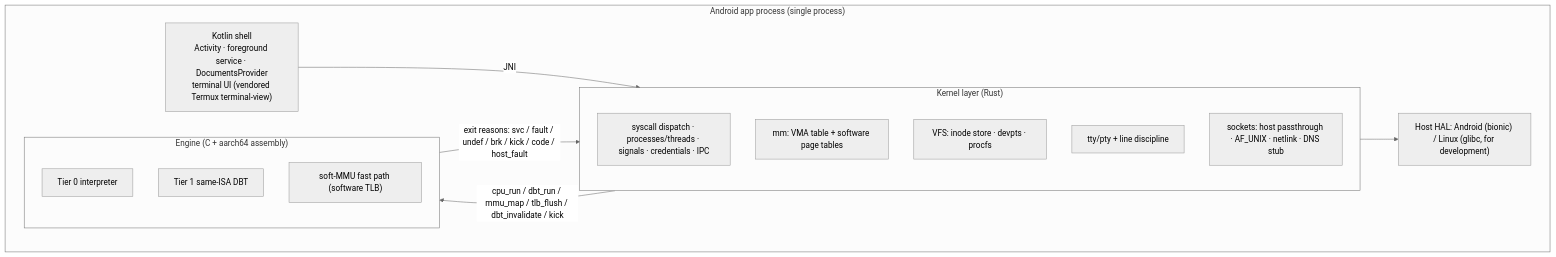
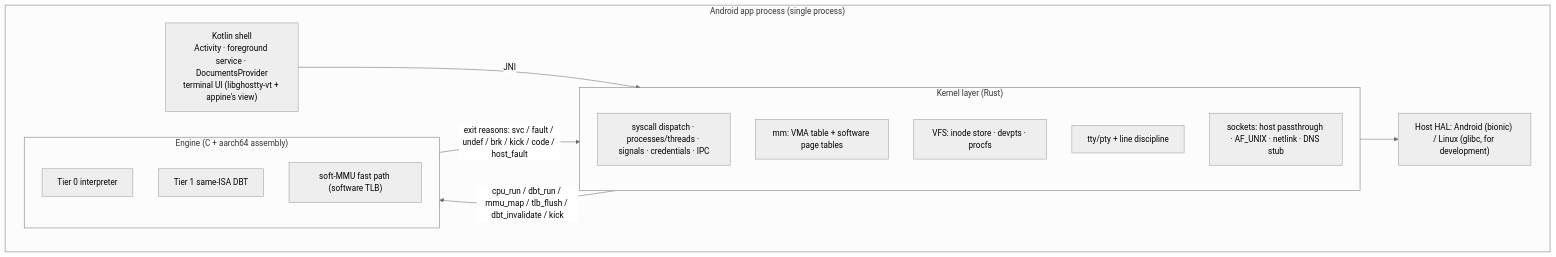
Before and after one commit to ferstar/appine: the diagram in docs/design/README.md, drawn with Mermaid (neutral theme). The commit also changed other lines of this file and 73 other files, not shown here.

````diff
--- a/docs/design/README.md
+++ b/docs/design/README.md
@@ -70,23 +70,23 @@
 ```mermaid
 flowchart TB
     subgraph APP["Android app process (single process)"]
-        UI["Kotlin shell<br/>Activity · foreground service · DocumentsProvider<br/>terminal UI (vendored Termux terminal-view)"]
+        UI["Kotlin shell<br/>Activity · foreground service · DocumentsProvider<br/>terminal UI (libghostty-vt + appine's view)"]
         subgraph KERNEL["Kernel layer (Rust)"]
             SYS["syscall dispatch · processes/threads · signals · credentials · IPC"]
             MM["mm: VMA table + software page tables"]
             VFS["VFS: inode store · devpts · procfs"]
             TTY["tty/pty + line discipline"]
             NET["sockets: host passthrough · AF_UNIX · netlink · DNS stub"]
         end
         subgraph ENGINE["Engine (C + aarch64 assembly)"]
             T0["Tier 0 interpreter"]
             T1["Tier 1 same-ISA DBT"]
             SMMU["soft-MMU fast path (software TLB)"]
         end
         HAL["Host HAL: Android (bionic) / Linux (glibc, for development)"]
     end
     UI -- JNI --> KERNEL
     ENGINE -- "exit reasons: svc / fault / undef / brk / kick / code / host_fault" --> KERNEL
     KERNEL -- "cpu_run / dbt_run / mmu_map / tlb_flush / dbt_invalidate / kick" --> ENGINE
     KERNEL --> HAL
 ```
````
